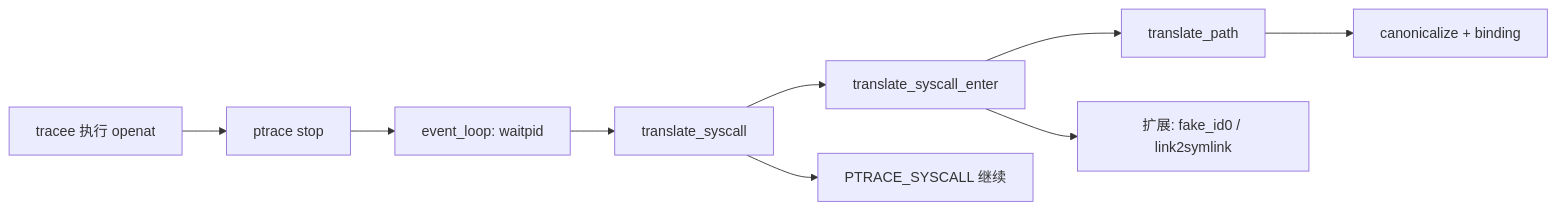
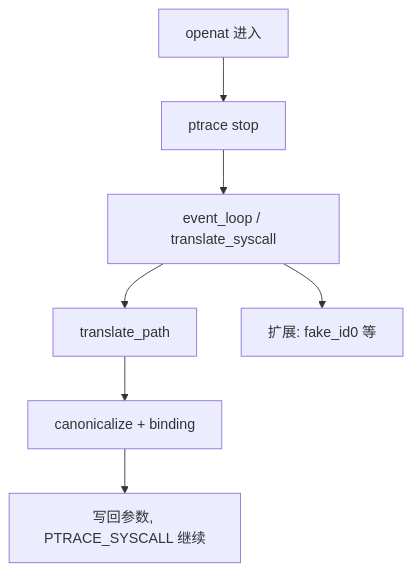
One commit to itingyu/itingyu.github.io changed the diagram in _posts/2026-11-02-proot-overview.md. Above: the diagram before and after it, drawn with Mermaid.

Commit message:
post: 更新正文 proot-overview

````diff
--- a/_posts/2026-11-02-proot-overview.md
+++ b/_posts/2026-11-02-proot-overview.md
@@ -78,11 +78,9 @@
 ```mermaid
-flowchart LR
-    A["tracee 执行 openat"] --> B["ptrace stop"]
-    B --> C["event_loop: waitpid"]
-    C --> D["translate_syscall"]
-    D --> E["translate_syscall_enter"]
-    E --> F["translate_path"]
-    F --> G["canonicalize + binding"]
-    E --> H["扩展: fake_id0 / link2symlink"]
-    D --> I["PTRACE_SYSCALL 继续"]
+flowchart TD
+    A["openat 进入"] --> B["ptrace stop"]
+    B --> C["event_loop / translate_syscall"]
+    C --> D["translate_path"]
+    D --> E["canonicalize + binding"]
+    C --> F["扩展: fake_id0 等"]
+    E --> G["写回参数, PTRACE_SYSCALL 继续"]
 ```
````
